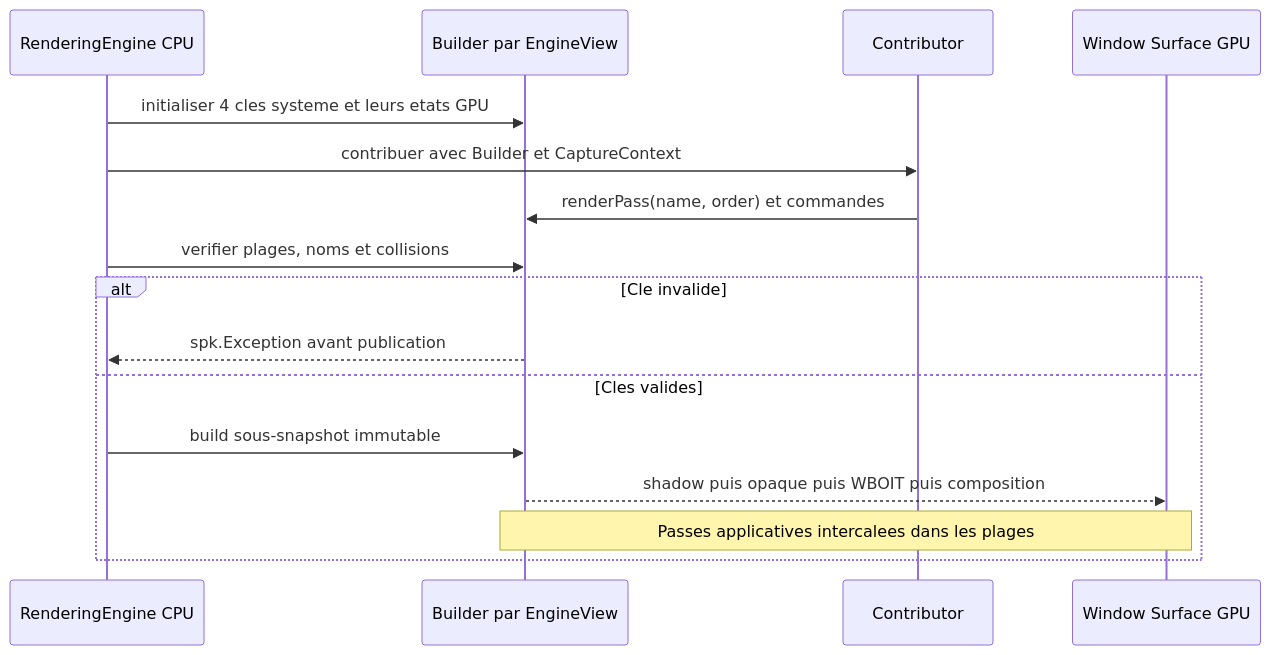
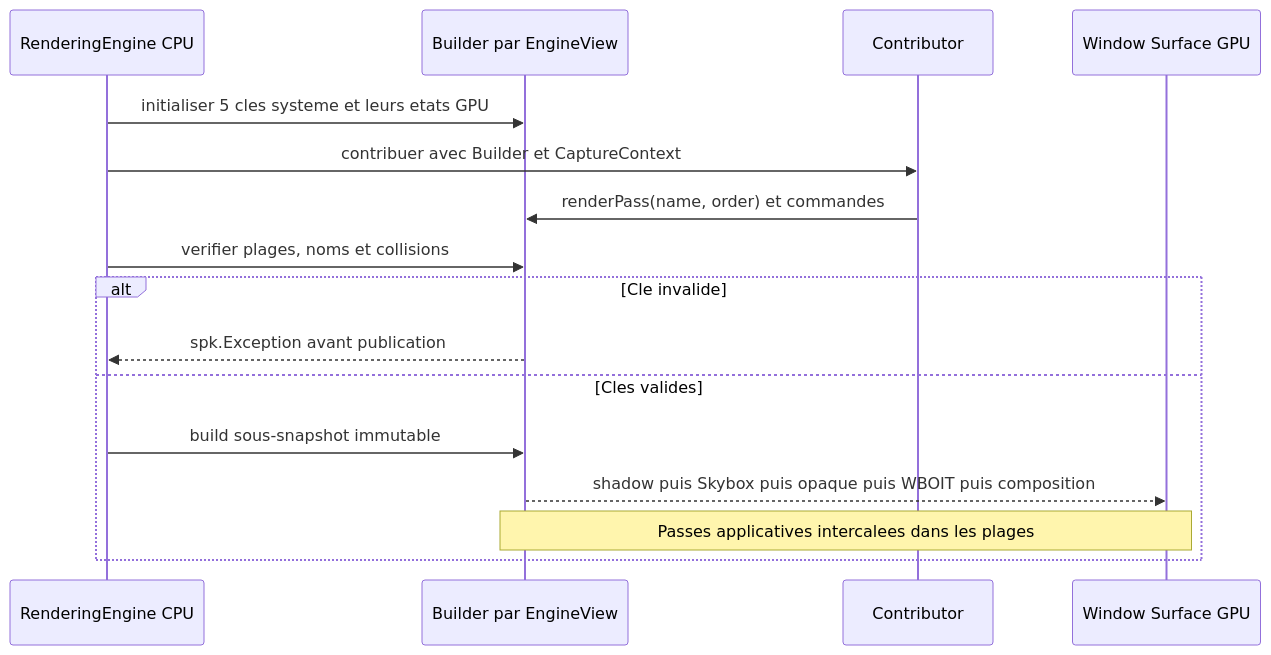
The first of 5 diagrams in docs/voxel-engine-v0.1.4/09-pipeline-gpu-transparence.md (EreliaStudio/Sparkle), drawn with Mermaid before and after one commit. The commit also changed other lines of this file, not shown here.

Commit message:
docs(v0.1.4): harmonize approved widget, system pass and shadow-pass contracts

````diff
--- a/docs/voxel-engine-v0.1.4/09-pipeline-gpu-transparence.md
+++ b/docs/voxel-engine-v0.1.4/09-pipeline-gpu-transparence.md
@@ -37,18 +37,18 @@
 ```mermaid
 sequenceDiagram
   participant E as RenderingEngine CPU
   participant V as Builder par EngineView
   participant C as Contributor
   participant G as Window Surface GPU
-  E->>V: initialiser 4 cles systeme et leurs etats GPU
+  E->>V: initialiser 5 cles systeme et leurs etats GPU
   E->>C: contribuer avec Builder et CaptureContext
   C->>V: renderPass(name, order) et commandes
   E->>V: verifier plages, noms et collisions
   alt Cle invalide
     V-->>E: spk.Exception avant publication
   else Cles valides
     E->>V: build sous-snapshot immutable
-    V-->>G: shadow puis opaque puis WBOIT puis composition
+    V-->>G: shadow puis Skybox puis opaque puis WBOIT puis composition
     Note over V,G: Passes applicatives intercalees dans les plages
   end
 ```
````
